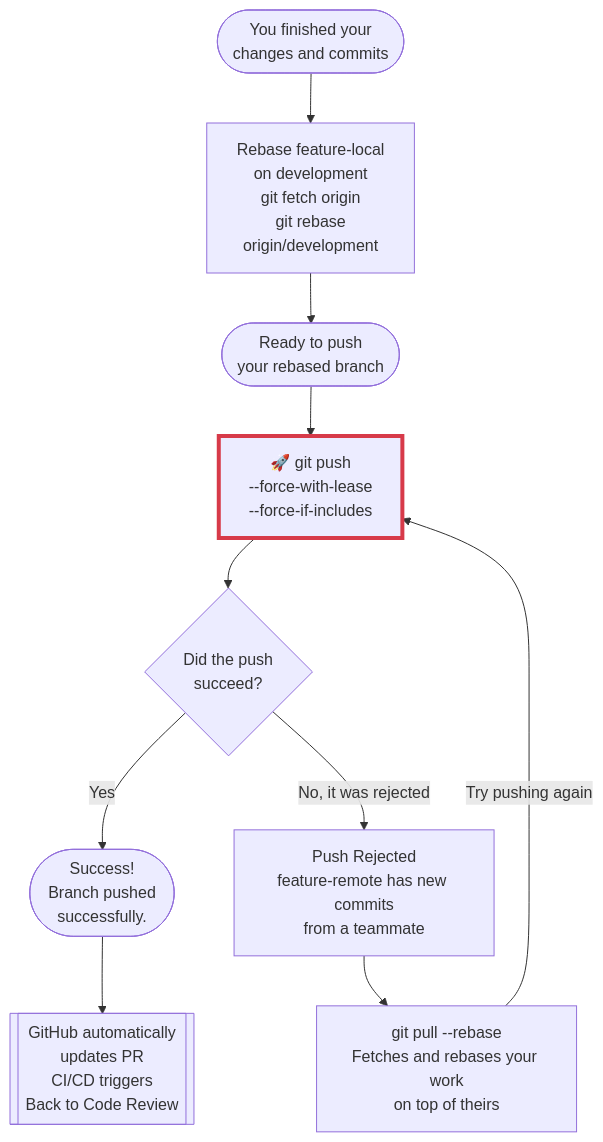
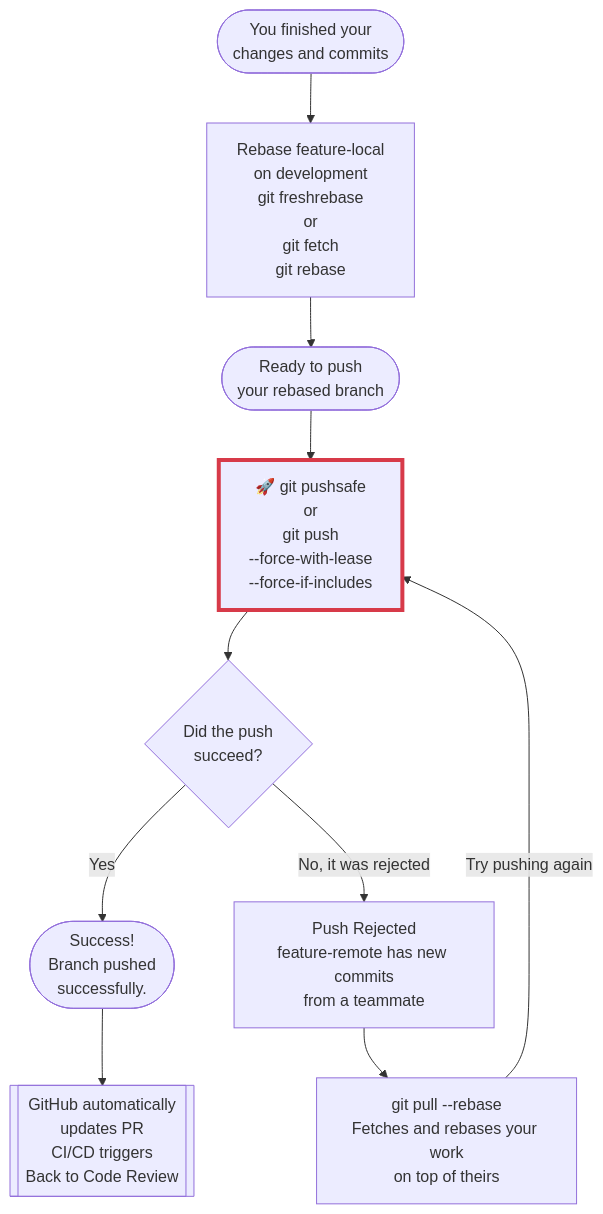
Before and after one commit to zurcacielos/git-rebase-explained-to-infinity: the second of 14 diagrams in README.md, drawn with Mermaid. The commit also changed other lines of this file, not shown here.

Commit message:
simplify

````diff
--- a/README.md
+++ b/README.md
@@ -121,39 +121,43 @@
 ```mermaid
 flowchart TD
     Start(["`You finished your
     changes and commits`"]) --> RebaseLocal["`Rebase feature-local
     on development
-    git fetch origin
+    git freshrebase
+    or
+    git fetch
     git rebase
-    origin/development`"]
+    `"]
     
     RebaseLocal --> Ready(["`Ready to push
     your rebased branch`"])
     
-    Ready --> Push1["`🚀 git push
+    Ready --> Push1["`🚀 git pushsafe
+    or
+    git push
     --force-with-lease
     --force-if-includes`"]
     style Push1 stroke:#d73a49,stroke-width:4px
     
     Push1 --> Check1{"`Did the push
     succeed?`"}
     
     Check1 -- Yes --> Success1(["`Success!
     Branch pushed
     successfully.`"])
     
     Success1 --> AutoPR[["`GitHub automatically
     updates PR
     CI/CD triggers
     Back to Code Review`"]]
     
     Check1 -- No, it was rejected --> Rejected["`Push Rejected
     feature-remote has new commits
     from a teammate`"]
     
     Rejected --> PullRebase["`git pull --rebase
     Fetches and rebases your work
     on top of theirs`"]
     
     PullRebase -->|Try pushing again| Push1
 ```
````
